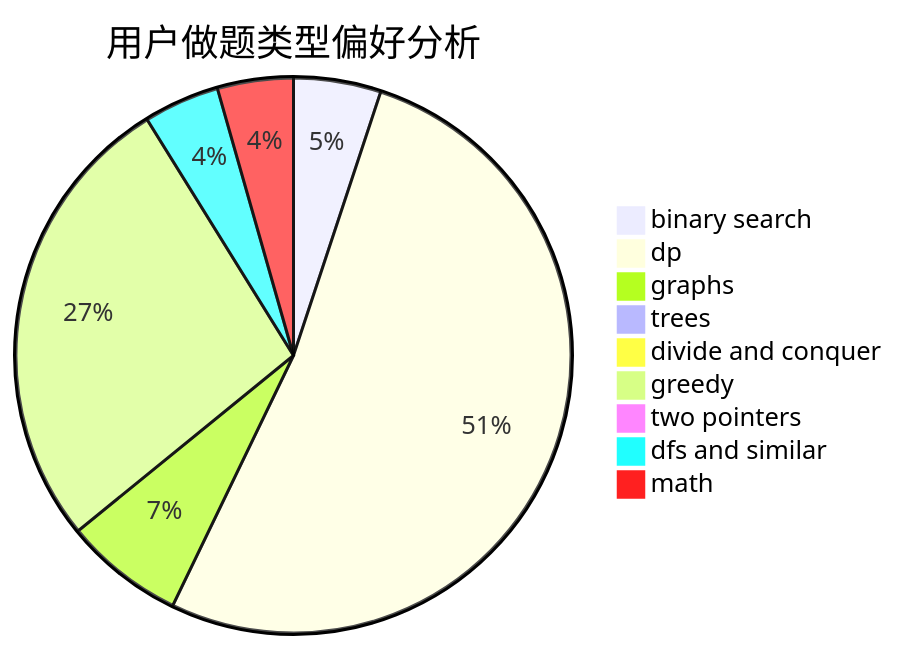
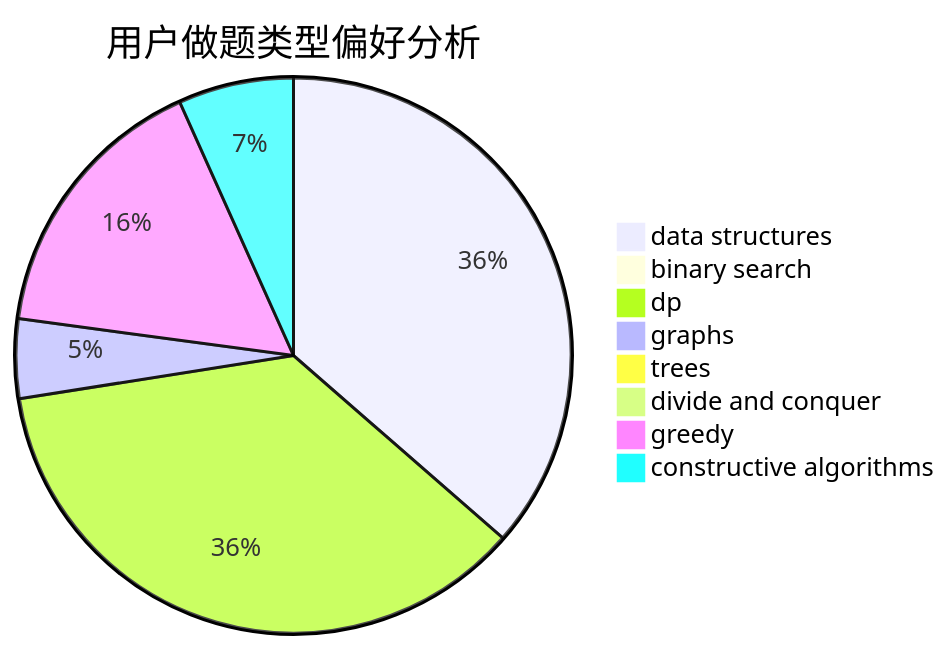
One commit to sherpahu/cfrs.github.io changed the second of 3 diagrams in docs/user/u140.md. Above: the diagram before and after it, drawn with Mermaid. The commit also changed other lines of this file and 2775 other files, not shown here.

````diff
--- a/docs/user/u140.md
+++ b/docs/user/u140.md
@@ -23,12 +23,11 @@
 ```mermaid
 pie title 用户做题类型偏好分析
-    "binary search" :  38
-    "dp" :  389
-    "graphs" :  52
-    "trees" :  6
-    "divide and conquer" :  3
-    "greedy" :  202
-    "two pointers" :  0
-    "dfs and similar" :  33
-    "math" :  33
+    "data structures" :  347
+    "binary search" :  1
+    "dp" :  344
+    "graphs" :  44
+    "trees" :  3
+    "divide and conquer" :  0
+    "greedy" :  154
+    "constructive algorithms" :  64
 ```
````
